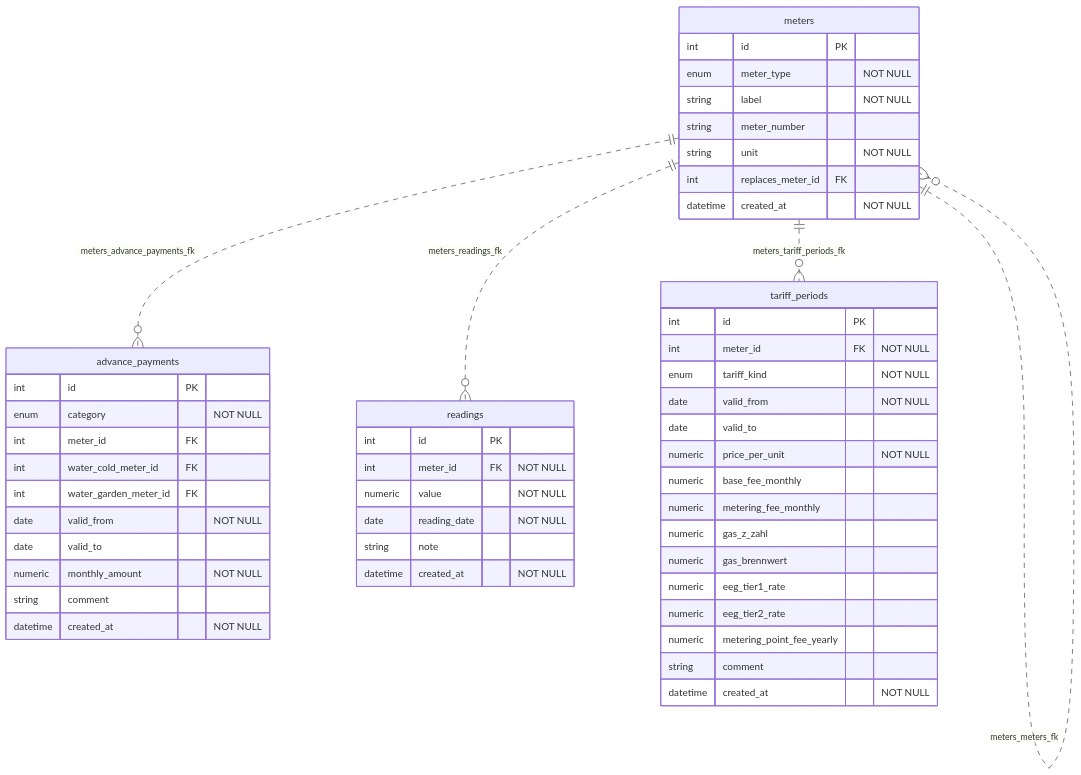
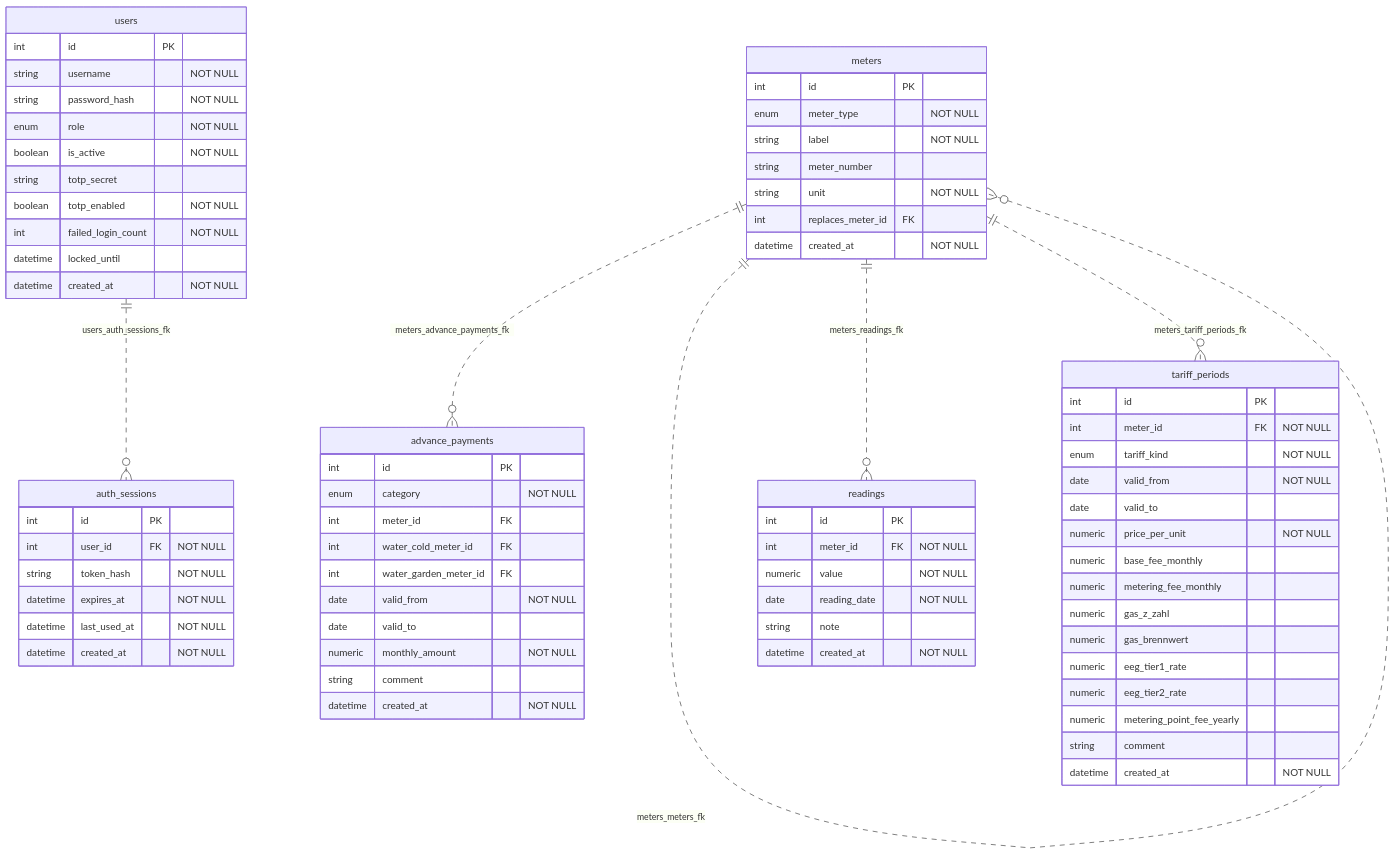
Before and after one commit to Kamlkatze/home-energy-usage-tracker: the second of 2 diagrams in README.md, drawn with Mermaid. The commit also changed 5 other files, not shown here.

Commit message:
Add User and AuthSession models with migration and updated ERD

````diff
--- a/README.md
+++ b/README.md
@@ -826,57 +826,80 @@
 ```mermaid
 erDiagram
     advance_payments {
         int id PK
         enum category "NOT NULL"
         int meter_id FK
         int water_cold_meter_id FK
         int water_garden_meter_id FK
         date valid_from "NOT NULL"
         date valid_to
         numeric monthly_amount "NOT NULL"
         string comment
+        datetime created_at "NOT NULL"
+    }
+
+    auth_sessions {
+        int id PK
+        int user_id FK "NOT NULL"
+        string token_hash "NOT NULL"
+        datetime expires_at "NOT NULL"
+        datetime last_used_at "NOT NULL"
         datetime created_at "NOT NULL"
     }
 
     meters {
         int id PK
         enum meter_type "NOT NULL"
         string label "NOT NULL"
         string meter_number
         string unit "NOT NULL"
         int replaces_meter_id FK
         datetime created_at "NOT NULL"
     }
 
     readings {
         int id PK
         int meter_id FK "NOT NULL"
         numeric value "NOT NULL"
         date reading_date "NOT NULL"
         string note
         datetime created_at "NOT NULL"
     }
 
     tariff_periods {
         int id PK
         int meter_id FK "NOT NULL"
         enum tariff_kind "NOT NULL"
         date valid_from "NOT NULL"
         date valid_to
         numeric price_per_unit "NOT NULL"
         numeric base_fee_monthly
         numeric metering_fee_monthly
         numeric gas_z_zahl
         numeric gas_brennwert
         numeric eeg_tier1_rate
         numeric eeg_tier2_rate
         numeric metering_point_fee_yearly
         string comment
         datetime created_at "NOT NULL"
     }
 
+    users {
+        int id PK
+        string username "NOT NULL"
+        string password_hash "NOT NULL"
+        enum role "NOT NULL"
+        boolean is_active "NOT NULL"
+        string totp_secret
+        boolean totp_enabled "NOT NULL"
+        int failed_login_count "NOT NULL"
+        datetime locked_until
+        datetime created_at "NOT NULL"
+    }
+
     meters ||..o{ advance_payments : "meters_advance_payments_fk"
+    users ||..o{ auth_sessions : "users_auth_sessions_fk"
     meters ||..o{ meters : "meters_meters_fk"
     meters ||..o{ readings : "meters_readings_fk"
     meters ||..o{ tariff_periods : "meters_tariff_periods_fk"
 ```
````
